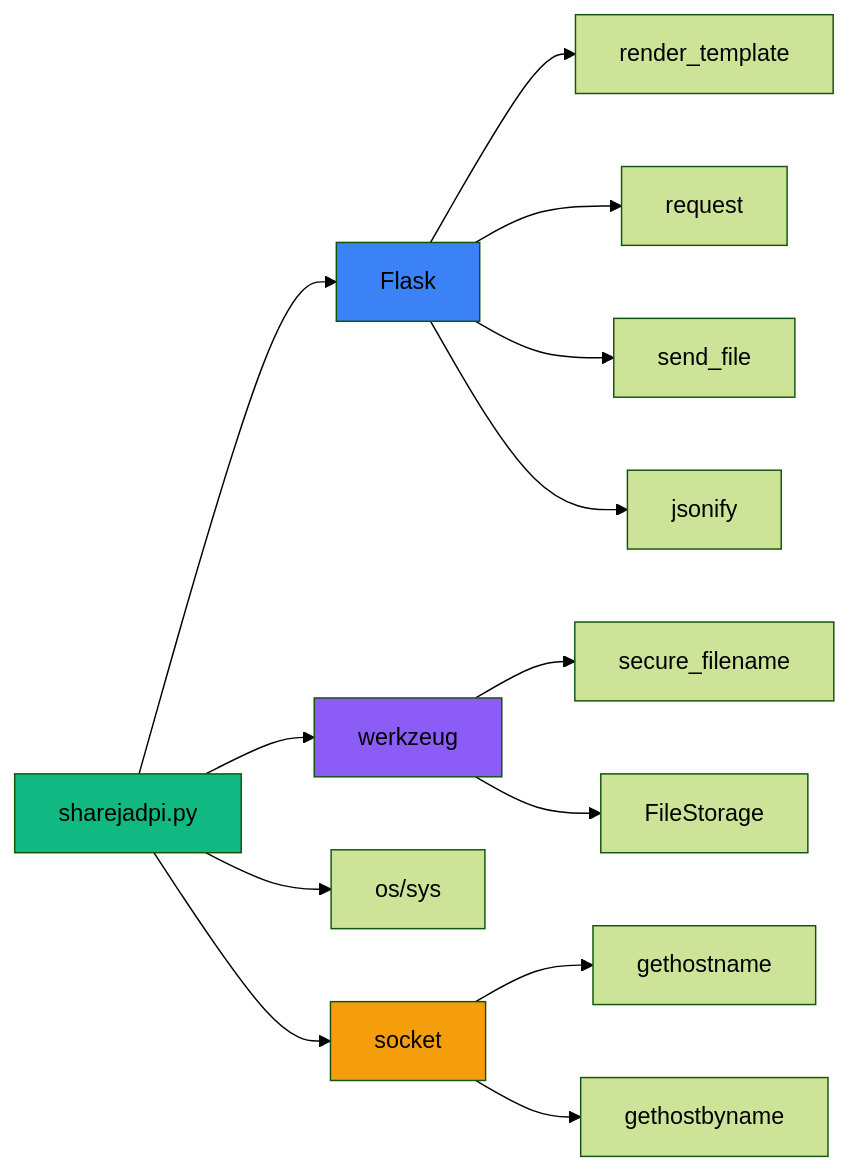
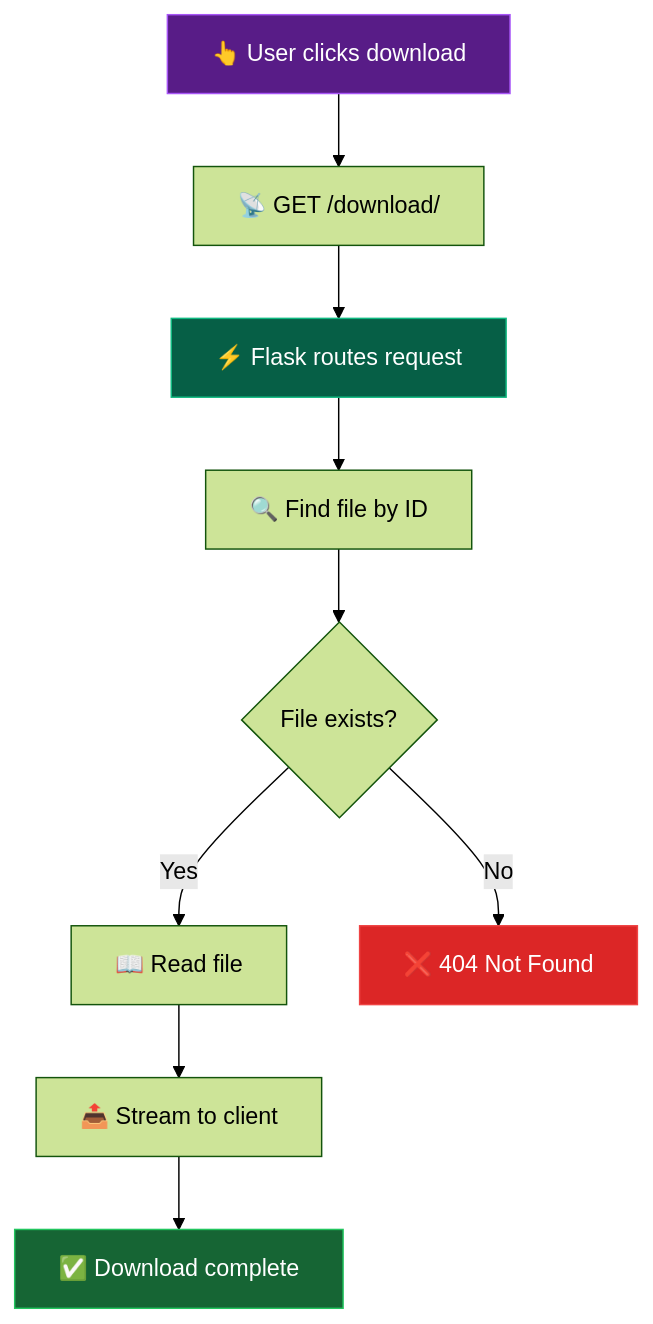
One commit to hetcharusat/sharejadpi changed the tenth of 13 diagrams in SGP_phase1/docs/architecture.md. Above: the diagram before and after it, drawn with Mermaid (forest theme). The commit also changed other lines of this file and 5 other files, not shown here.

````diff
--- a/SGP_phase1/docs/architecture.md
+++ b/SGP_phase1/docs/architecture.md
@@ -368,23 +377,16 @@
 ```mermaid
-graph LR
-    A[sharejadpi.py] --> B[Flask]
-    A --> C[werkzeug]
-    A --> D[os/sys]
-    A --> E[socket]
+flowchart TB
+    A["👆 User clicks download"] --> B["📡 GET /download/<id>"]
+    B --> C["⚡ Flask routes request"]
+    C --> D["🔍 Find file by ID"]
+    D --> E{"File exists?"}
+    E -->|Yes| F["📖 Read file"]
+    E -->|No| G["❌ 404 Not Found"]
+    F --> H["📤 Stream to client"]
+    H --> I["✅ Download complete"]
     
-    B --> F[render_template]
-    B --> G[request]
-    B --> H[send_file]
-    B --> I[jsonify]
-    
-    C --> J[secure_filename]
-    C --> K[FileStorage]
-    
-    E --> L[gethostname]
-    E --> M[gethostbyname]
-    
-    style A fill:#10b981
-    style B fill:#3b82f6
-    style C fill:#8b5cf6
-    style E fill:#f59e0b
+    style A fill:#581c87,stroke:#a855f7,color:#fff
+    style C fill:#065f46,stroke:#10b981,color:#fff
+    style I fill:#166534,stroke:#22c55e,color:#fff
+    style G fill:#dc2626,stroke:#ef4444,color:#fff
 ```
````
